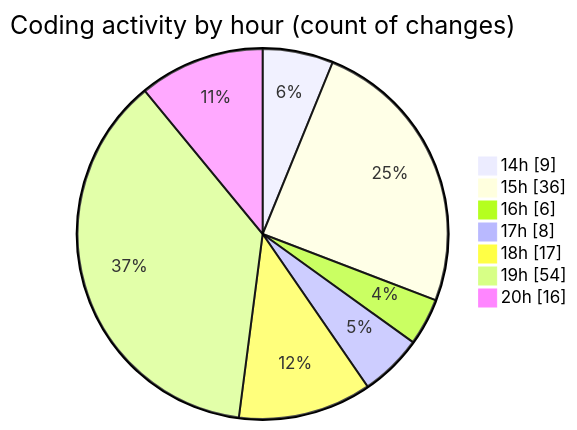
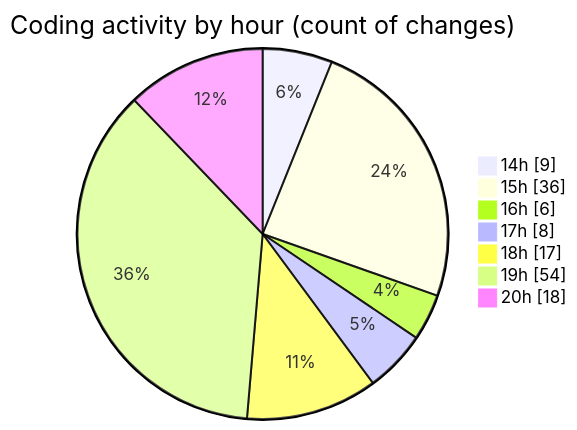
One commit to Ritupan-Deka/code-tracking changed the second of 2 diagrams in 2025-06-17/projects/README.md. Above: the diagram before and after it, drawn with Mermaid. The commit also changed other lines of this file and 1 other file, not shown here.

````diff
--- a/2025-06-17/projects/README.md
+++ b/2025-06-17/projects/README.md
@@ -29,11 +29,11 @@
 ```mermaid
 pie showData
 title Coding activity by hour (count of changes)
 "14h" : 9
 "15h" : 36
 "16h" : 6
 "17h" : 8
 "18h" : 17
 "19h" : 54
-"20h" : 16
+"20h" : 18
 ```
````
